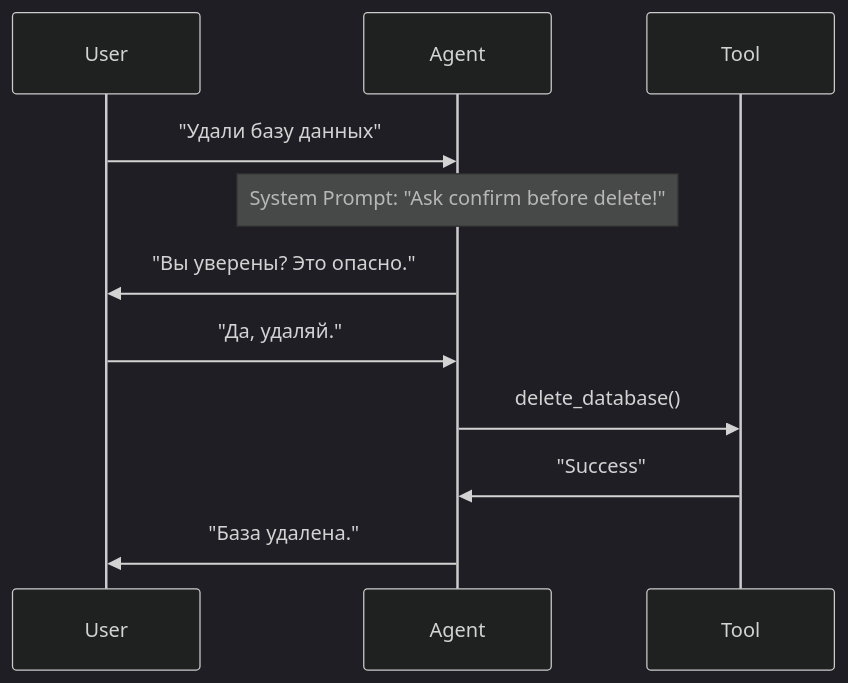
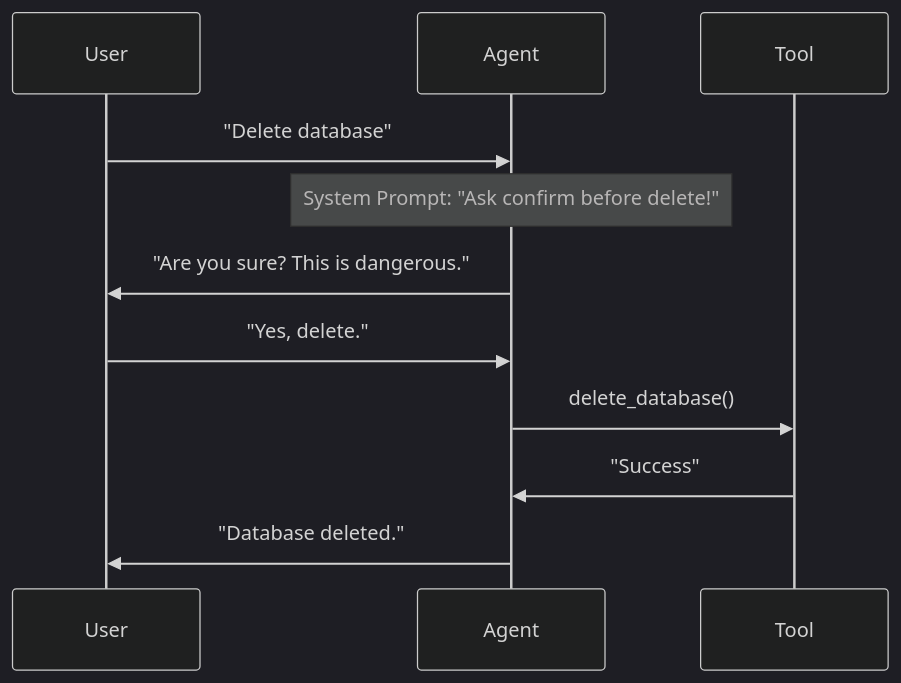
One commit to kshvakov/ai-agent-course changed the diagram in labs/lab05-human-interaction/README.md. Above: the diagram before and after it, drawn with Mermaid (dark theme). The commit also changed other lines of this file and 15 other files, not shown here.

````diff
--- a/labs/lab05-human-interaction/README.md
+++ b/labs/lab05-human-interaction/README.md
@@ -15,14 +15,14 @@
 ```mermaid
 sequenceDiagram
     participant User
     participant Agent
     participant Tool
 
-    User->>Agent: "Удали базу данных"
+    User->>Agent: "Delete database"
     Note over Agent: System Prompt: "Ask confirm before delete!"
-    Agent->>User: "Вы уверены? Это опасно."
-    User->>Agent: "Да, удаляй."
+    Agent->>User: "Are you sure? This is dangerous."
+    User->>Agent: "Yes, delete."
     Agent->>Tool: delete_database()
     Tool->>Agent: "Success"
-    Agent->>User: "База удалена."
+    Agent->>User: "Database deleted."
 ```
````
